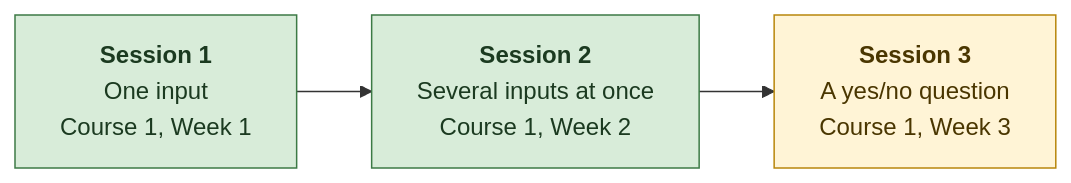
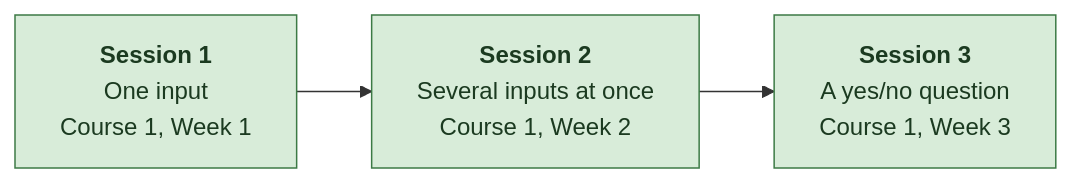
The first of 2 diagrams in PROGRESS.md (penelopemichou/austerity-ml), drawn with Mermaid before and after one commit. The commit also changed other lines of this file and 6 other files, not shown here.

````diff
--- a/PROGRESS.md
+++ b/PROGRESS.md
@@ -13,7 +13,7 @@
 ```mermaid
 flowchart LR
-    S1["<b>Session 1</b><br/>One input<br/>Course 1, Week 1"]:::done --> S2["<b>Session 2</b><br/>Several inputs at once<br/>Course 1, Week 2"]:::done --> S3["<b>Session 3</b><br/>A yes/no question<br/>Course 1, Week 3"]:::next
+    S1["<b>Session 1</b><br/>One input<br/>Course 1, Week 1"]:::done --> S2["<b>Session 2</b><br/>Several inputs at once<br/>Course 1, Week 2"]:::done --> S3["<b>Session 3</b><br/>A yes/no question<br/>Course 1, Week 3"]:::done
     classDef done fill:#d8ecd9,stroke:#3c7a45,color:#1b3a20
     classDef next fill:#fff4d6,stroke:#b8860b,color:#4a3600
     classDef later fill:#eeeeee,stroke:#999999,color:#555555
 ```
````
